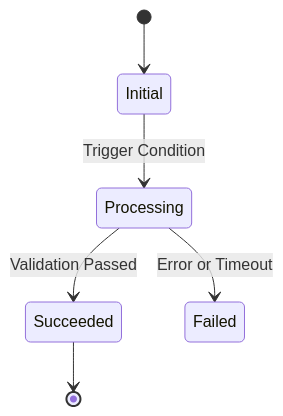
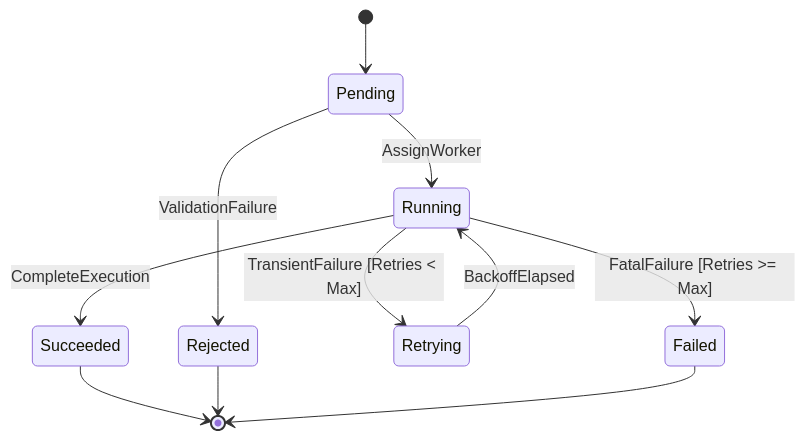
Before and after one commit to Asstar-X/repo-mentor: the third of 3 diagrams in templates/ARCHITECTURE.md, drawn with Mermaid. The commit also changed other lines of this file and 68 other files, not shown here.

````diff
--- a/templates/ARCHITECTURE.md
+++ b/templates/ARCHITECTURE.md
@@ -70,8 +112,13 @@
 ```mermaid
 stateDiagram-v2
-    [*] --> Initial
-    Initial --> Processing: Trigger Condition
-    Processing --> Succeeded: Validation Passed
-    Processing --> Failed: Error or Timeout
+    [*] --> Pending
+    Pending --> Running: AssignWorker
+    Pending --> Rejected: ValidationFailure
+    Running --> Succeeded: CompleteExecution
+    Running --> Retrying: TransientFailure [Retries < Max]
+    Retrying --> Running: BackoffElapsed
+    Running --> Failed: FatalFailure [Retries >= Max]
     Succeeded --> [*]
+    Rejected --> [*]
+    Failed --> [*]
 ```
````
